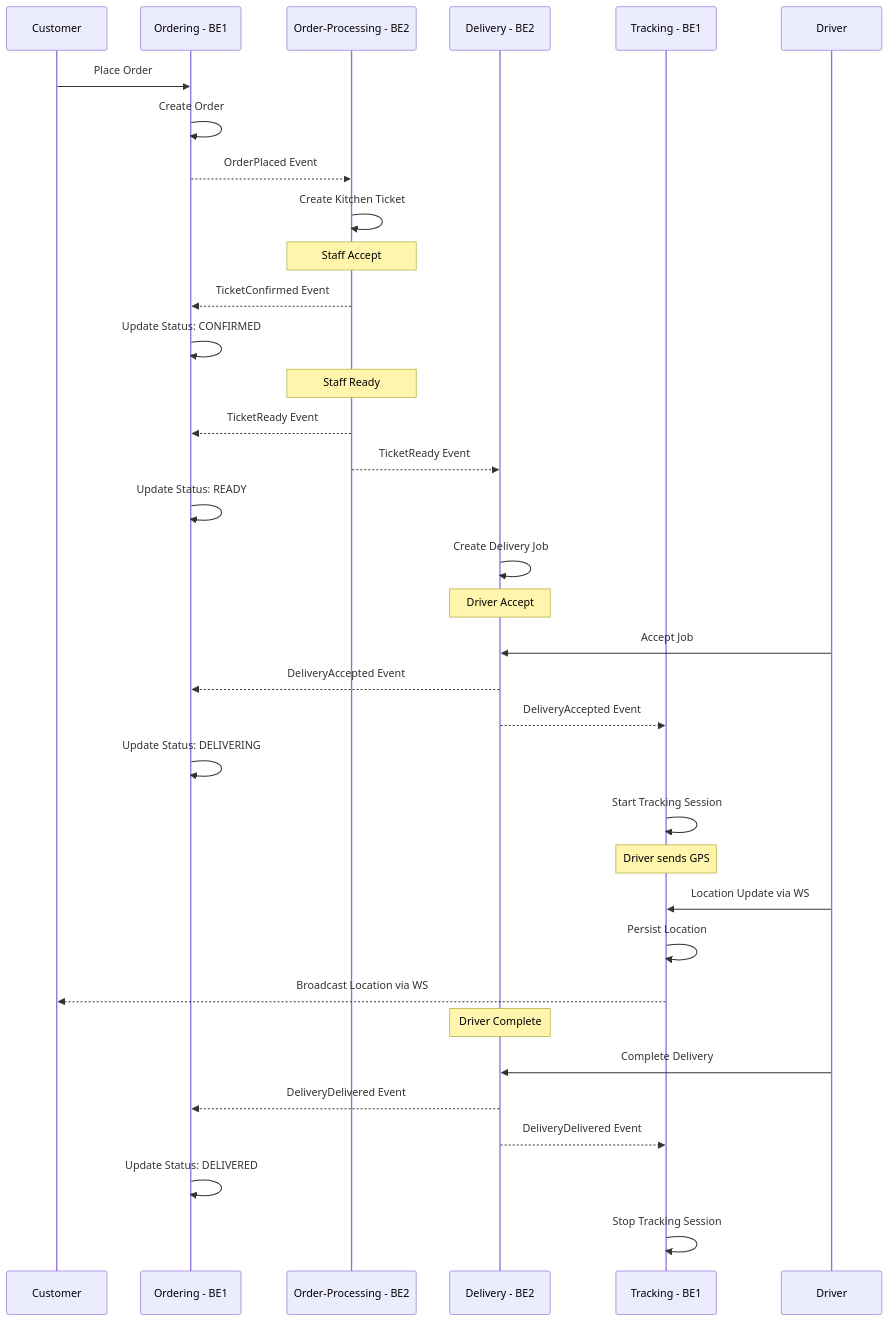
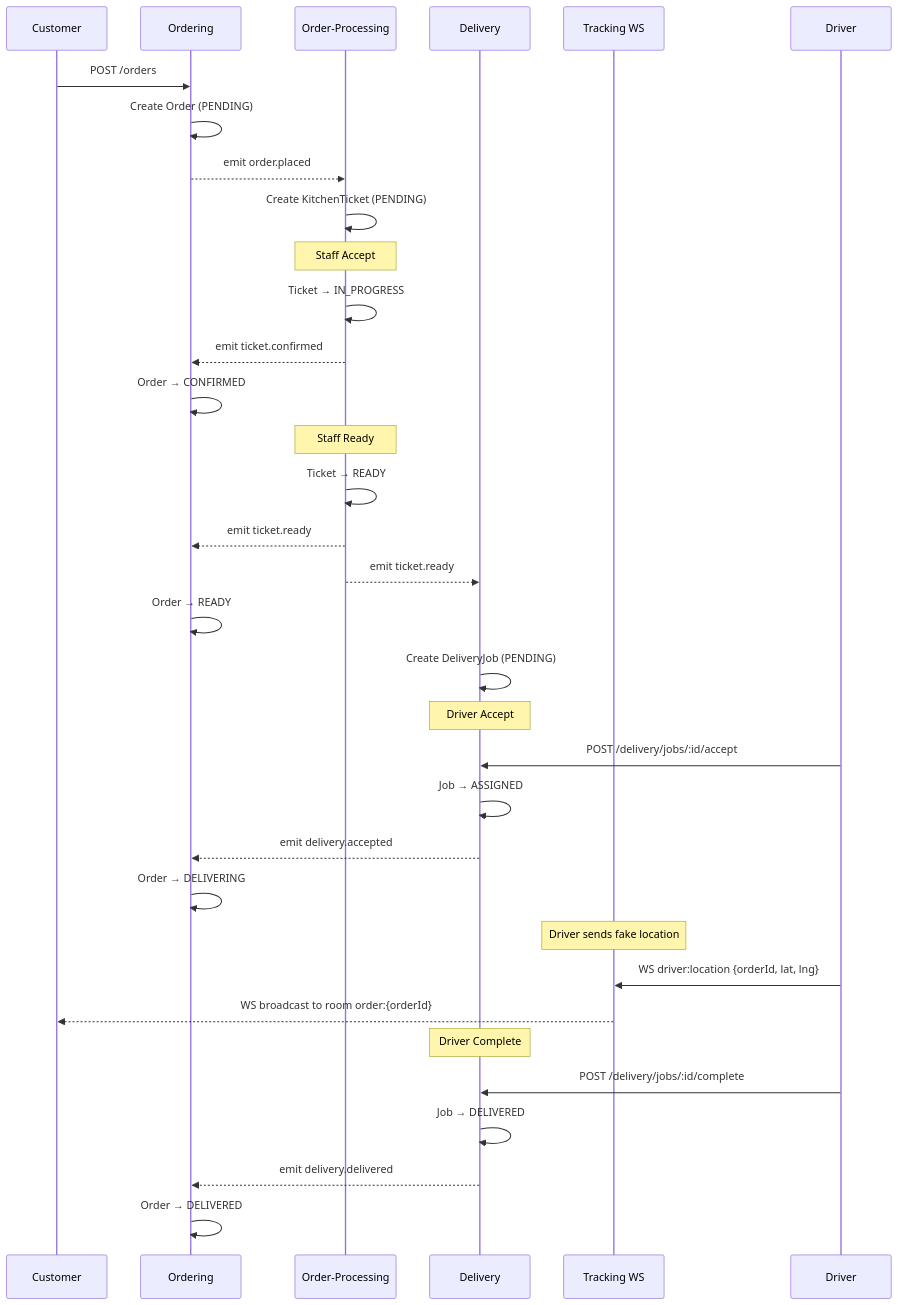
Before and after one commit to CrystalJohn/CrystalJohn-Real-Time-Food-Delivery-HuggingVibe: the second of 4 diagrams in plans/milestone-plan.md, drawn with Mermaid. The commit also changed other lines of this file, not shown here.

````diff
--- a/plans/milestone-plan.md
+++ b/plans/milestone-plan.md
@@ -318,43 +256,42 @@
 ```mermaid
 sequenceDiagram
     participant C as Customer
-    participant O as Ordering - BE1
-    participant OP as Order-Processing - BE2
-    participant D as Delivery - BE2
-    participant T as Tracking - BE1
+    participant O as Ordering
+    participant OP as Order-Processing
+    participant D as Delivery
+    participant T as Tracking WS
     participant DR as Driver
 
-    C->>O: Place Order
-    O->>O: Create Order
-    O-->>OP: OrderPlaced Event
-    OP->>OP: Create Kitchen Ticket
+    C->>O: POST /orders
+    O->>O: Create Order (PENDING)
+    O-->>OP: emit order.placed
+    OP->>OP: Create KitchenTicket (PENDING)
     
     Note over OP: Staff Accept
-    OP-->>O: TicketConfirmed Event
-    O->>O: Update Status: CONFIRMED
+    OP->>OP: Ticket → IN_PROGRESS
+    OP-->>O: emit ticket.confirmed
+    O->>O: Order → CONFIRMED
     
     Note over OP: Staff Ready
-    OP-->>O: TicketReady Event
-    OP-->>D: TicketReady Event
-    O->>O: Update Status: READY
-    D->>D: Create Delivery Job
+    OP->>OP: Ticket → READY
+    OP-->>O: emit ticket.ready
+    OP-->>D: emit ticket.ready
+    O->>O: Order → READY
+    D->>D: Create DeliveryJob (PENDING)
     
     Note over D: Driver Accept
-    DR->>D: Accept Job
-    D-->>O: DeliveryAccepted Event
-    D-->>T: DeliveryAccepted Event
-    O->>O: Update Status: DELIVERING
-    T->>T: Start Tracking Session
+    DR->>D: POST /delivery/jobs/:id/accept
+    D->>D: Job → ASSIGNED
+    D-->>O: emit delivery.accepted
+    O->>O: Order → DELIVERING
     
-    Note over T: Driver sends GPS
-    DR->>T: Location Update via WS
-    T->>T: Persist Location
-    T-->>C: Broadcast Location via WS
+    Note over T: Driver sends fake location
+    DR->>T: WS driver:location {orderId, lat, lng}
+    T-->>C: WS broadcast to room order:{orderId}
     
     Note over D: Driver Complete
-    DR->>D: Complete Delivery
-    D-->>O: DeliveryDelivered Event
-    D-->>T: DeliveryDelivered Event
-    O->>O: Update Status: DELIVERED
-    T->>T: Stop Tracking Session
+    DR->>D: POST /delivery/jobs/:id/complete
+    D->>D: Job → DELIVERED
+    D-->>O: emit delivery.delivered
+    O->>O: Order → DELIVERED
 ```
````
